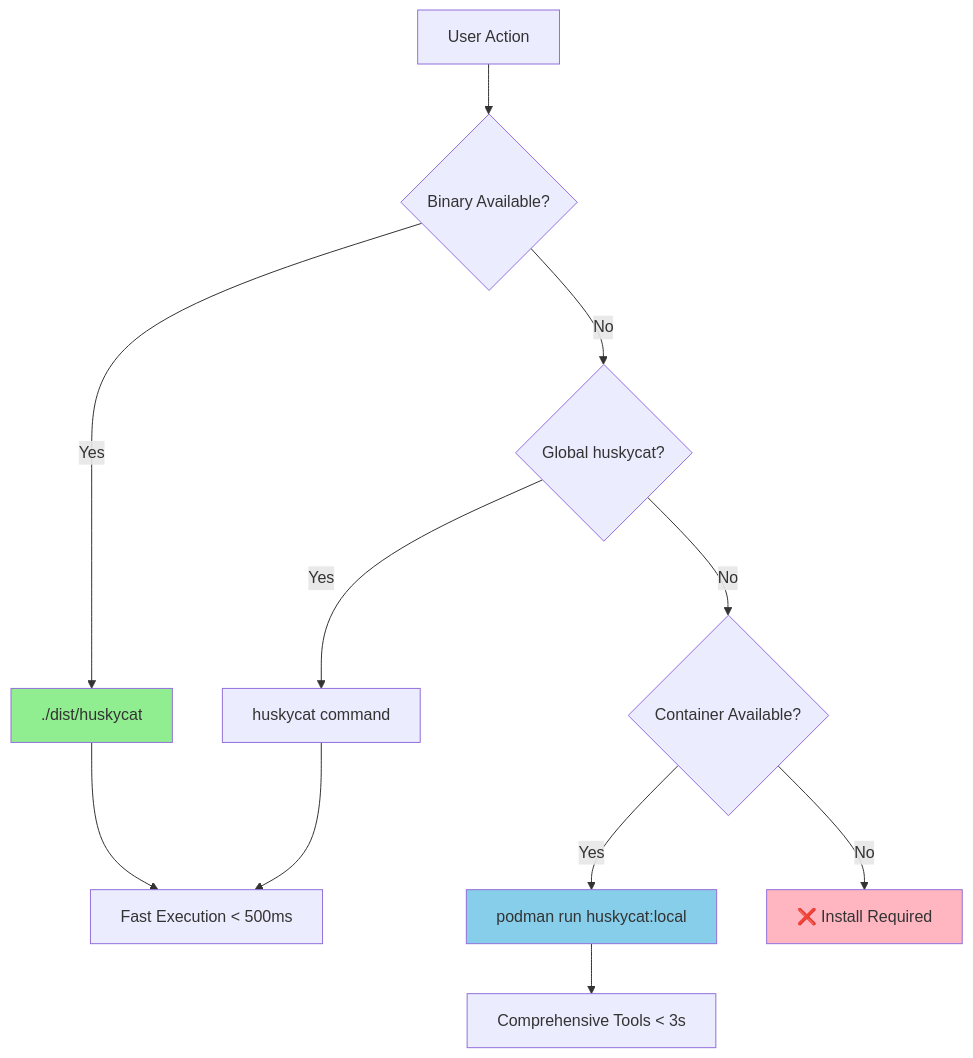
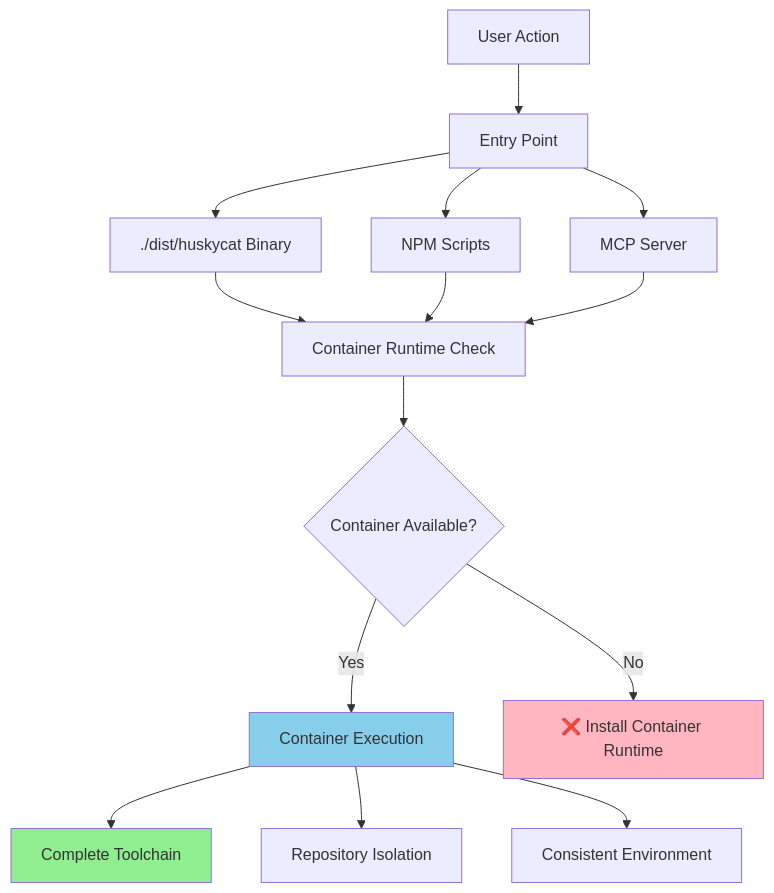
One commit to Jesssullivan/tinyland-huskycat changed the first of 4 diagrams in CLAUDE.md. Above: the diagram before and after it, drawn with Mermaid. The commit also changed other lines of this file and 11 other files, not shown here.

First line of the commit message:
feat: implement development-friendly validation with container-only execution

````diff
--- a/CLAUDE.md
+++ b/CLAUDE.md
@@ -28,18 +29,23 @@
 ```mermaid
 graph TD
-    A[User Action] --> B{Binary Available?}
-    B -->|Yes| C[./dist/huskycat]
-    B -->|No| D{Global huskycat?}
-    D -->|Yes| E[huskycat command]
-    D -->|No| F{Container Available?}
-    F -->|Yes| G[podman run huskycat:local]
-    F -->|No| H[❌ Install Required]
+    A[User Action] --> B[Entry Point]
+    B --> C[./dist/huskycat Binary]
+    B --> D[NPM Scripts]
+    B --> E[MCP Server]
     
-    C --> I[Fast Execution < 500ms]
-    E --> I
-    G --> J[Comprehensive Tools < 3s]
+    C --> F[Container Runtime Check]
+    D --> F
+    E --> F
     
-    style C fill:#90EE90
-    style G fill:#87CEEB
-    style H fill:#FFB6C1
+    F --> G{Container Available?}
+    G -->|Yes| H[Container Execution]
+    G -->|No| I[❌ Install Container Runtime]
+    
+    H --> J[Complete Toolchain]
+    H --> K[Repository Isolation]
+    H --> L[Consistent Environment]
+    
+    style H fill:#87CEEB
+    style J fill:#90EE90
+    style I fill:#FFB6C1
 ```
````
